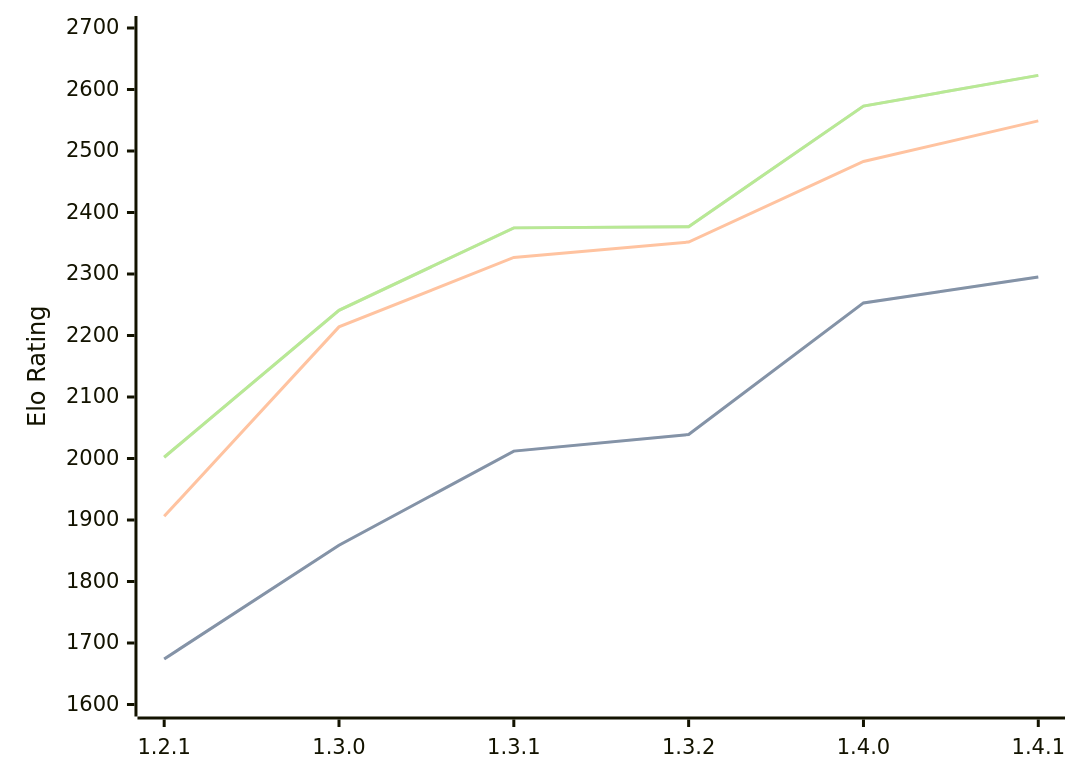
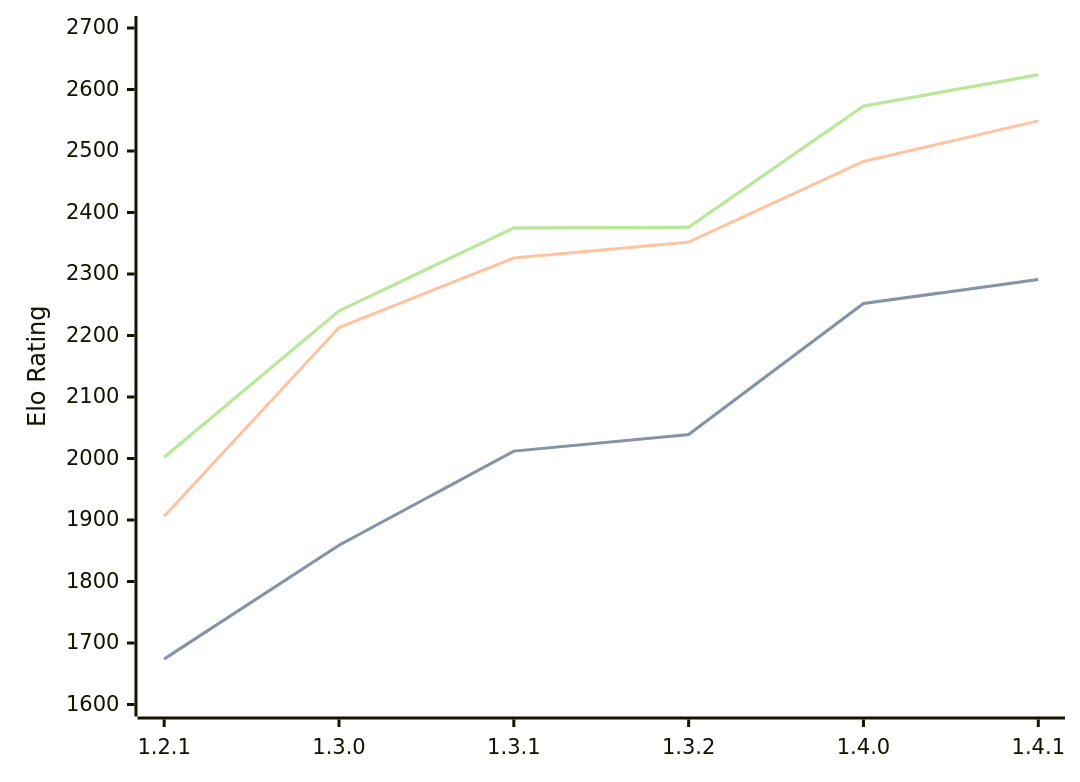
One commit to computer-chess-index/cci changed the diagram in engines/Chal.md. Above: the diagram before and after it, drawn with Mermaid. The commit also changed other lines of this file, not shown here.

Commit message:
Update CCI Ratings (ELO VLTC) - 2026-06-10

````diff
--- a/engines/Chal.md
+++ b/engines/Chal.md
@@ -39,11 +39,11 @@
 ```mermaid
 %%{init: {"theme":"base","themeVariables":{"seriesColors:['#a3a3a3','#222221','#faa371']}}}%%
 xychart-beta
   x-axis ["1.2.1", "1.3.0", "1.3.1", "1.3.2", "1.4.0", "1.4.1"]
   y-axis "Elo Rating" 1600 --> 2700
-  line "STC (8.0+0.08s)" [1674, 1859, 2012, 2039, 2253, 2295]
-  line "STC (8.0+0.08s)" [1674, 1859, 2012, 2039, 2253, 2295]
-  line "LTC (60.0+0.60s)" [1906, 2214, 2327, 2352, 2483, 2549]
-  line "VLTC (2m24s+1.12s)" [2002, 2241, 2375, 2377, 2573, 2623]
-  line "VLTC (2m24s+1.12s)" [2002, 2241, 2375, 2377, 2573, 2623]
+  line "STC (8.0+0.08s)" [1674, 1859, 2012, 2039, 2252, 2291]
+  line "STC (8.0+0.08s)" [1674, 1859, 2012, 2039, 2252, 2291]
+  line "LTC (60.0+0.60s)" [1906, 2213, 2326, 2352, 2483, 2549]
+  line "VLTC (2m24s+1.12s)" [2002, 2240, 2375, 2376, 2573, 2624]
+  line "VLTC (2m24s+1.12s)" [2002, 2240, 2375, 2376, 2573, 2624]
 ```
````
